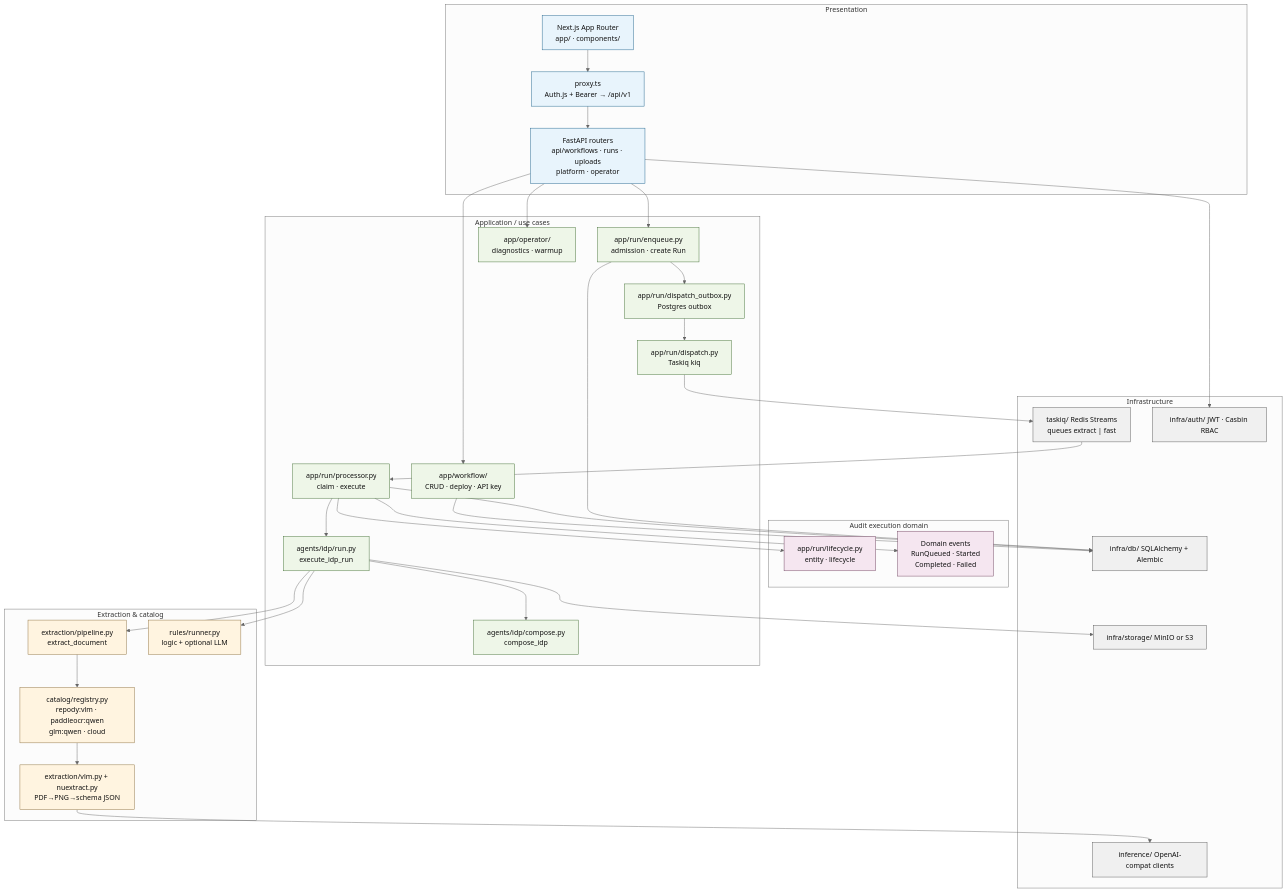
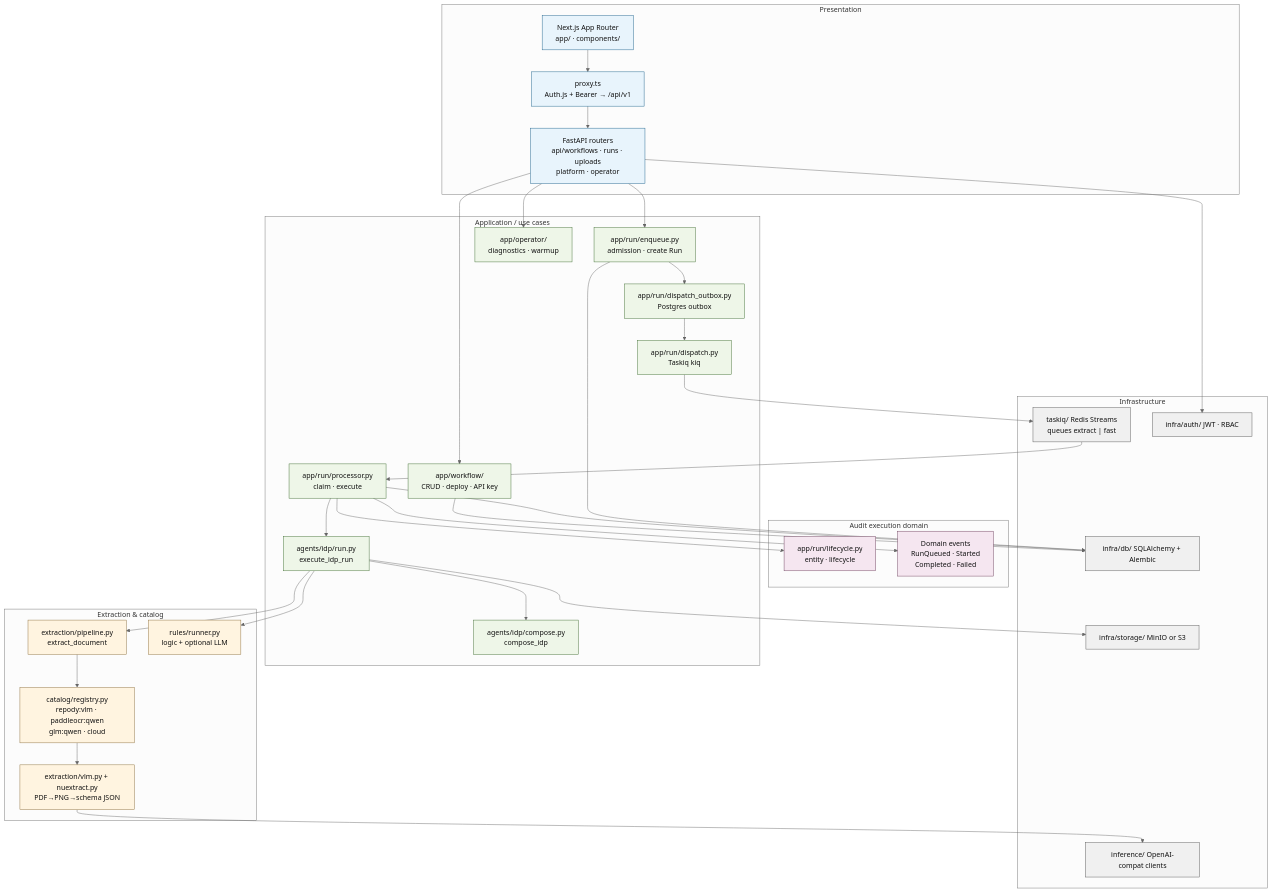
One commit to MehdiGououiad/repody changed the diagram in docs/diagrams/architecture-backend-couches.mmd. Above: the diagram before and after it, drawn with Mermaid (neutral theme). The commit also changed 201 other files, not shown here.

```diff
--- a/docs/diagrams/architecture-backend-couches.mmd
+++ b/docs/diagrams/architecture-backend-couches.mmd
@@ -1,68 +1,68 @@
 %% Repody — Backend layers + bounded contexts
 %% Docs: CONTEXT.md · docs/DEVELOPMENT.md · ADR 003 / 006 / 007
 
 flowchart TB
   subgraph Presentation["Presentation"]
     Next["Next.js App Router<br/>app/ · components/"]
     Proxy["proxy.ts<br/>Auth.js + Bearer → /api/v1"]
     APIRouters["FastAPI routers<br/>api/workflows · runs · uploads<br/>platform · operator"]
   end
 
   subgraph Application["Application / use cases"]
     WFSvc["app/workflow/<br/>CRUD · deploy · API key"]
     RunEnq["app/run/enqueue.py<br/>admission · create Run"]
     Outbox["app/run/dispatch_outbox.py<br/>Postgres outbox"]
     Dispatch["app/run/dispatch.py<br/>Taskiq kiq"]
     RunProc["app/run/processor.py<br/>claim · execute"]
     IdpRun["agents/idp/run.py<br/>execute_idp_run"]
     IdpCompose["agents/idp/compose.py<br/>compose_idp"]
     OpSvc["app/operator/<br/>diagnostics · warmup"]
   end
 
   subgraph Domaine["Audit execution domain"]
     Domain["app/run/lifecycle.py<br/>entity · lifecycle"]
     Events["Domain events<br/>RunQueued · Started<br/>Completed · Failed"]
   end
 
   subgraph Extraction["Extraction & catalog"]
     Pipe["extraction/pipeline.py<br/>extract_document"]
     Catalog["catalog/registry.py<br/>repody:vlm · paddleocr:qwen<br/>glm:qwen · cloud"]
     VLM["extraction/vlm.py + nuextract.py<br/>PDF→PNG→schema JSON"]
     Rules["rules/runner.py<br/>logic + optional LLM"]
   end
 
   subgraph Infra["Infrastructure"]
     DB["infra/db/ SQLAlchemy + Alembic"]
     Storage["infra/storage/ MinIO or S3"]
     Taskiq["taskiq/ Redis Streams<br/>queues extract | fast"]
     InfClient["inference/ OpenAI-compat clients"]
-    Auth["infra/auth/ JWT · Casbin RBAC"]
+    Auth["infra/auth/ JWT · RBAC"]
   end
 
   Next --> Proxy --> APIRouters
   APIRouters --> WFSvc
   APIRouters --> RunEnq
   APIRouters --> Auth
   RunEnq --> Outbox --> Dispatch --> Taskiq
   Taskiq --> RunProc
   RunProc --> Domain
   RunProc --> IdpRun --> IdpCompose
   IdpRun --> Pipe --> Catalog --> VLM --> InfClient
   IdpRun --> Rules
   RunProc --> Events
   IdpRun --> Storage
   RunEnq --> DB
   RunProc --> DB
   WFSvc --> DB
   APIRouters --> OpSvc
 
   classDef ui fill:#e8f4fc,stroke:#1a5f8a,color:#111
   classDef svc fill:#eef6e8,stroke:#3d6b2f,color:#111
   classDef dom fill:#f5e6f0,stroke:#6b3d5a,color:#111
   classDef ext fill:#fff4e0,stroke:#8a6d3b,color:#111
   classDef inf fill:#f0f0f0,stroke:#555,color:#111
   class Next,Proxy,APIRouters ui
   class WFSvc,RunEnq,Outbox,Dispatch,RunProc,IdpRun,IdpCompose,OpSvc svc
   class Domain,Events dom
   class Pipe,Catalog,VLM,Rules ext
   class DB,Storage,Taskiq,InfClient,Auth inf
```
